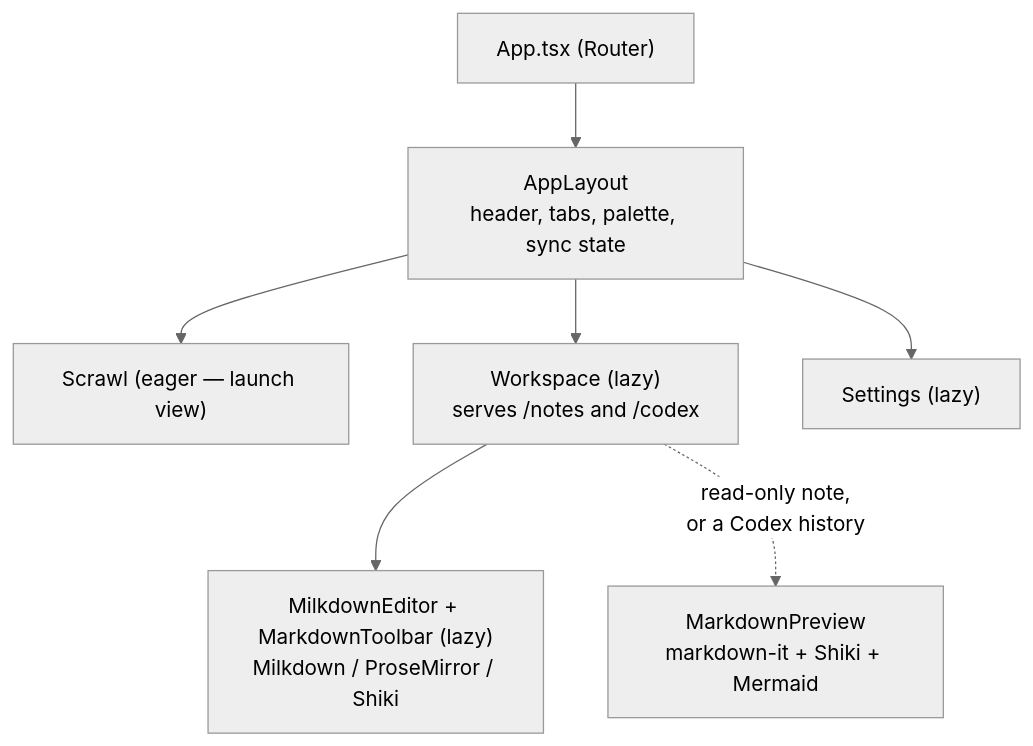
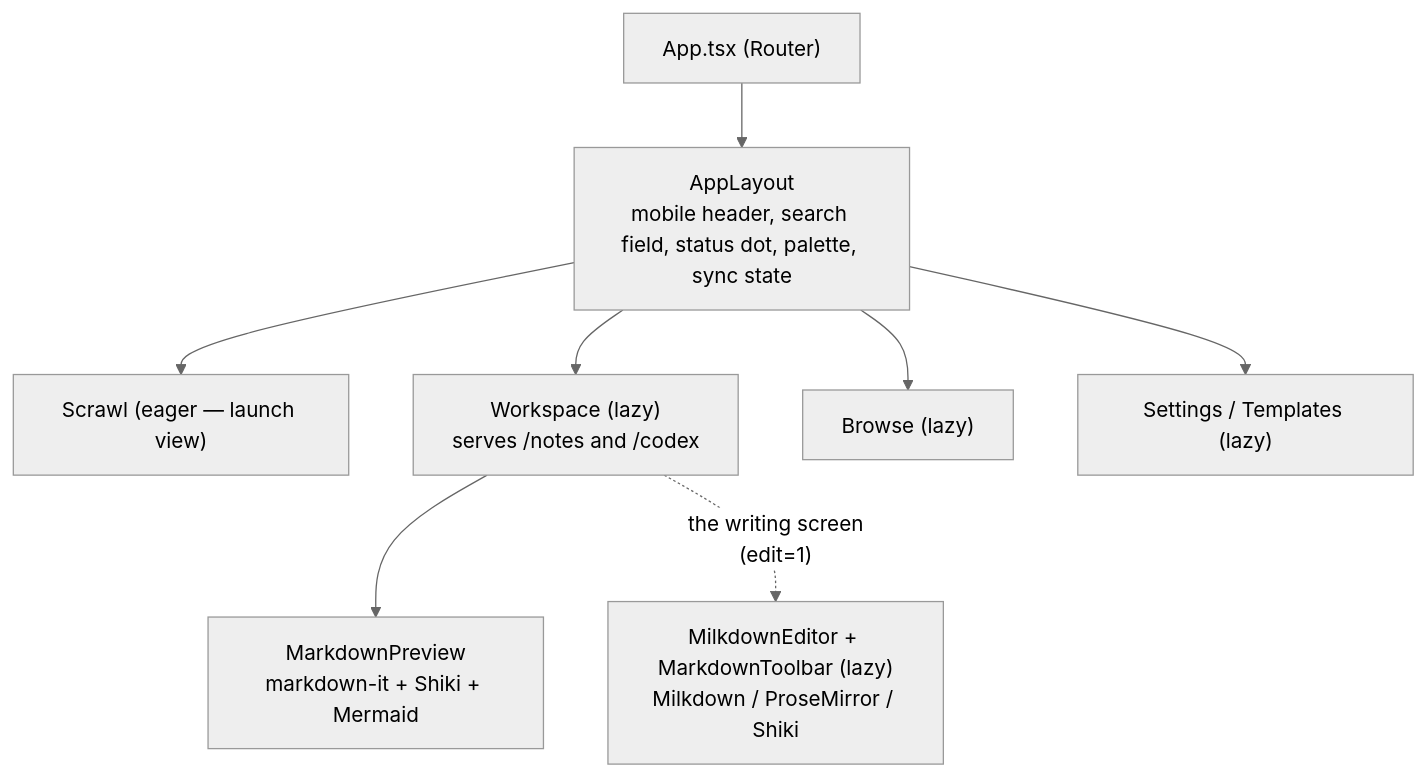
The second of 3 diagrams in docs/introduction.md (Xantibody/magical-merchant), drawn with Mermaid (neutral theme) before and after one commit. The commit also changed other lines of this file and 7 other files, not shown here.

````diff
--- a/docs/introduction.md
+++ b/docs/introduction.md
@@ -98,17 +98,19 @@
 ```mermaid
 flowchart TD
     App["App.tsx (Router)"]
-    Layout["AppLayout<br/>header, tabs, palette, sync state"]
+    Layout["AppLayout<br/>mobile header, search field, status dot, palette, sync state"]
     Scrawl["Scrawl (eager — launch view)"]
     Workspace["Workspace (lazy)<br/>serves /notes and /codex"]
-    Settings["Settings (lazy)"]
+    Browse["Browse (lazy)"]
+    Settings["Settings / Templates (lazy)"]
     Editor["MilkdownEditor + MarkdownToolbar (lazy)<br/>Milkdown / ProseMirror / Shiki"]
     Preview["MarkdownPreview<br/>markdown-it + Shiki + Mermaid"]
 
     App --> Layout
     Layout --> Scrawl
     Layout --> Workspace
+    Layout --> Browse
     Layout --> Settings
-    Workspace --> Editor
-    Workspace -. "read-only note,<br/>or a Codex history" .-> Preview
+    Workspace --> Preview
+    Workspace -. "the writing screen<br/>(edit=1)" .-> Editor
 ```
````
